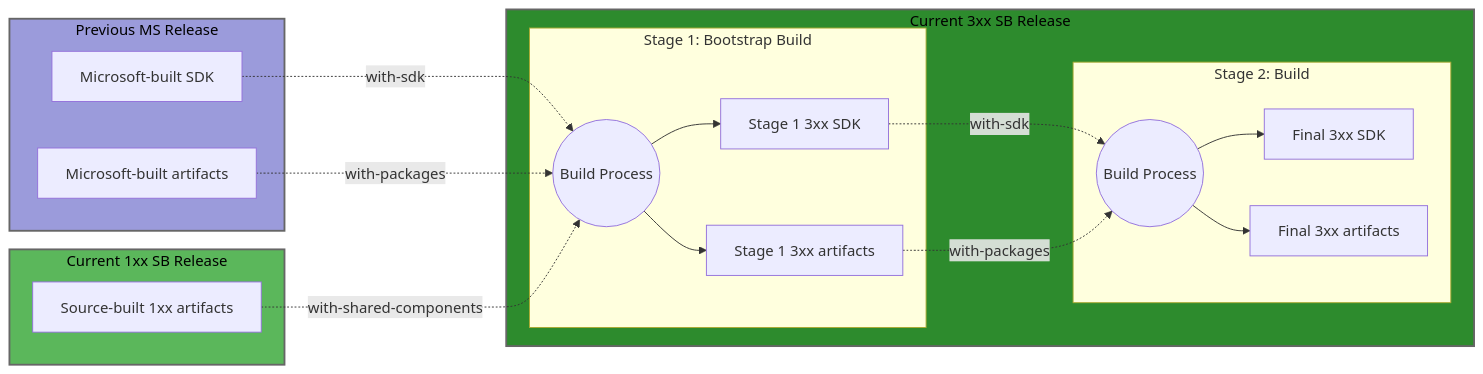
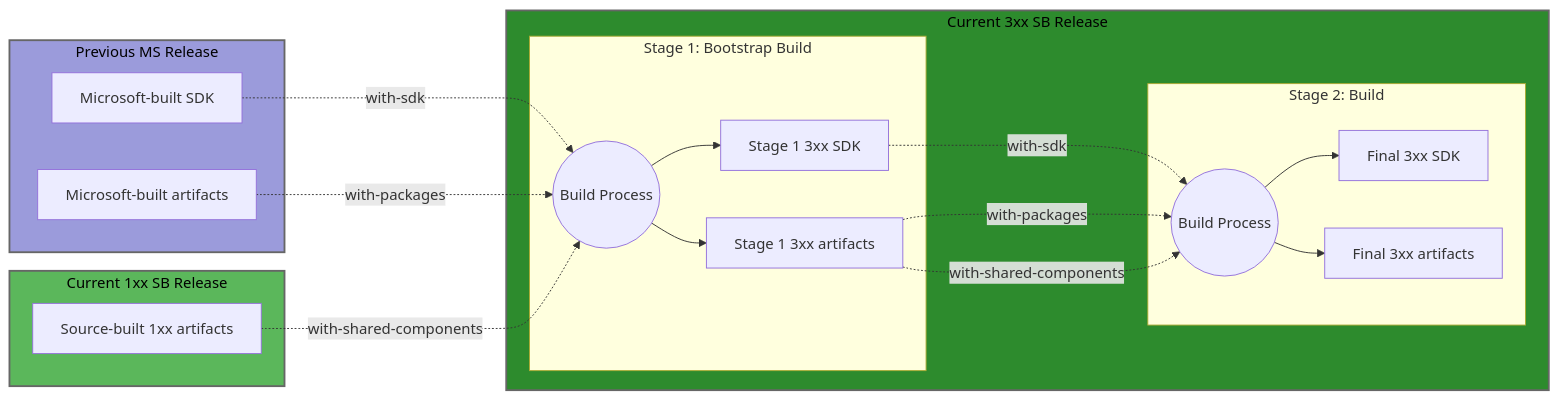
One commit to dotnet/source-build changed the tenth of 11 diagrams in Documentation/feature-band-source-building.md. Above: the diagram before and after it, drawn with Mermaid. The commit also changed other lines of this file, not shown here.

Commit message:
Shared components are needed as explicit input for stage 2 builds

````diff
--- a/Documentation/feature-band-source-building.md
+++ b/Documentation/feature-band-source-building.md
@@ -759,42 +759,43 @@
 ```mermaid
 flowchart LR
     subgraph MS["Previous MS Release"]
         MS_SDK[Microsoft-built SDK]
         MS_Art[Microsoft-built artifacts]
     end
     
     subgraph SBCurr1xx["Current 1xx SB Release"]
         SB_1xx[Source-built 1xx artifacts]
     end
     
     subgraph SBCurr3xx["Current 3xx SB Release"]
         subgraph Stage1["Stage 1: Bootstrap Build"]
             Build1((Build Process))
             S1_SDK[Stage 1 3xx SDK]
             S1_Art[Stage 1 3xx artifacts]
         end
 
         subgraph Stage2["Stage 2: Build"]
             Build2((Build Process))
             Final_SDK[Final 3xx SDK]
             Final_Art[Final 3xx artifacts]
         end
     end
     
     MS_SDK -.->|with-sdk| Build1
     MS_Art -.->|with-packages| Build1
     SB_1xx -.->|with-shared-components| Build1
     Build1 --> S1_SDK
     Build1 --> S1_Art
     S1_SDK -.->|with-sdk| Build2
     S1_Art -.->|with-packages| Build2
+    S1_Art -.->|with-shared-components| Build2
     Build2 --> Final_SDK
     Build2 --> Final_Art
     
     classDef msRelease fill:#9b9bdb,stroke:#666,stroke-width:2px,color:#000
     classDef curr1xx fill:#5bb75b,stroke:#666,stroke-width:2px,color:#000
     classDef curr3xx fill:#2d8b2d,stroke:#666,stroke-width:2px,color:#000
     class MS msRelease
     class SBCurr1xx curr1xx
     class SBCurr3xx curr3xx
 ```
````
